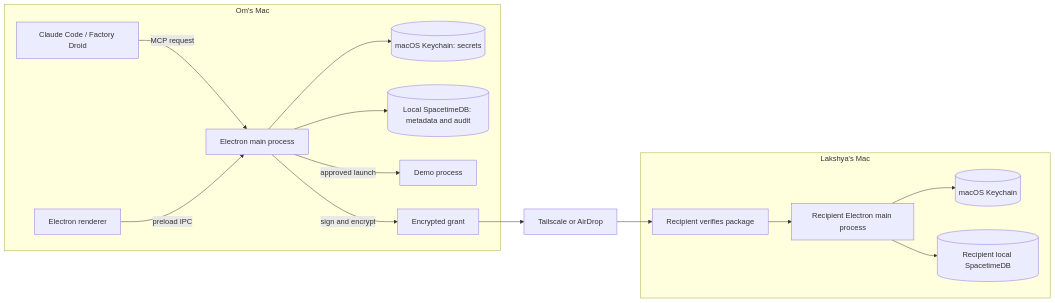
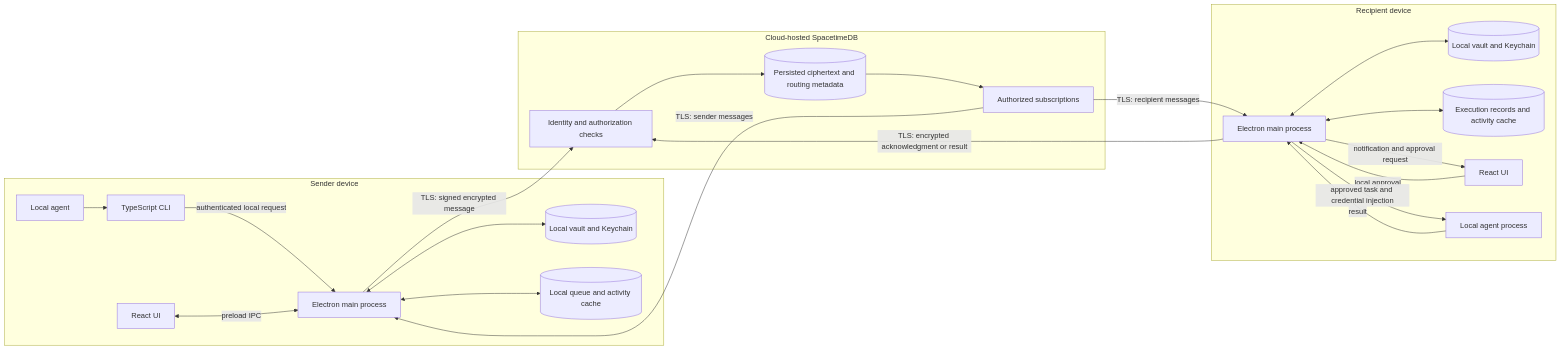
Before and after one commit to LakshyaDhingra/.sct: the first of 2 diagrams in docs/architecture.md, drawn with Mermaid. The commit also changed other lines of this file and 2 other files, not shown here.

````diff
--- a/docs/architecture.md
+++ b/docs/architecture.md
@@ -5,18 +10,26 @@
 ```mermaid
 flowchart LR
-  subgraph A[Om's Mac]
-    Agent[Claude Code / Factory Droid] -->|MCP request| M[vault MCP]
-    UI[Electron renderer] -->|preload IPC| M[Electron main process]
-    M --> KC[(macOS Keychain: secrets)]
-    M --> SD[(Local SpacetimeDB: metadata and audit)]
-    M -->|approved launch| App[Demo process]
-    M -->|sign and encrypt| P[Encrypted grant]
+  subgraph A[Sender device]
+    SA[Local agent] --> CLI[TypeScript CLI]
+    CLI -->|authenticated local request| SM[Electron main process]
+    SU[React UI] <-->|preload IPC| SM
+    SM <--> SK[(Local vault and Keychain)]
+    SM <--> SL[(Local queue and activity cache)]
   end
-  P --> T[Tailscale or AirDrop]
-  T --> R[Recipient verifies package]
-  subgraph B[Lakshya's Mac]
-    R --> RD[Recipient Electron main process]
-    RD --> RK[(macOS Keychain)]
-    RD --> RS[(Recipient local SpacetimeDB)]
+  SM -->|TLS: signed encrypted message| AUTH
+  subgraph C[Cloud-hosted SpacetimeDB]
+    AUTH[Identity and authorization checks] --> DB[(Persisted ciphertext and routing metadata)]
+    DB --> SUB[Authorized subscriptions]
   end
+  SUB -->|TLS: recipient messages| RM
+  subgraph B[Recipient device]
+    RM[Electron main process] <--> RK[(Local vault and Keychain)]
+    RM <--> RL[(Execution records and activity cache)]
+    RM -->|notification and approval request| RU[React UI]
+    RU -->|local approval| RM
+    RM -->|approved task and credential injection| RA[Local agent process]
+    RA -->|result| RM
+  end
+  RM -->|TLS: encrypted acknowledgment or result| AUTH
+  SUB -->|TLS: sender messages| SM
 ```
````
